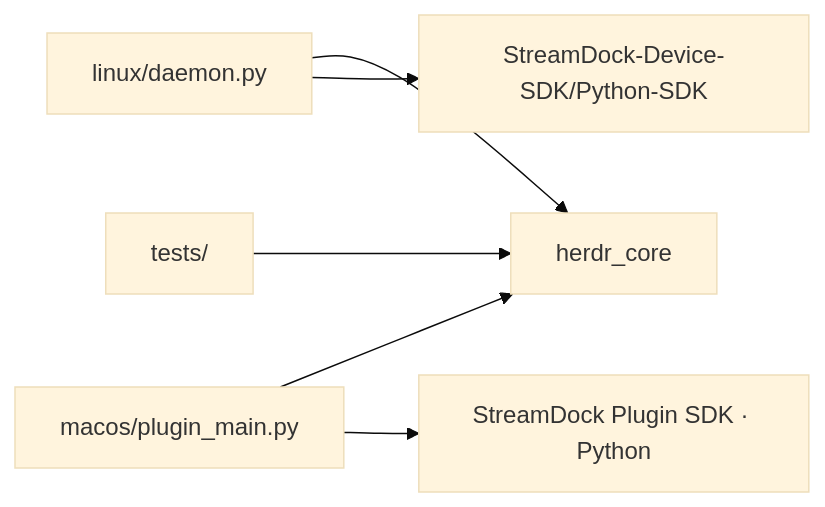
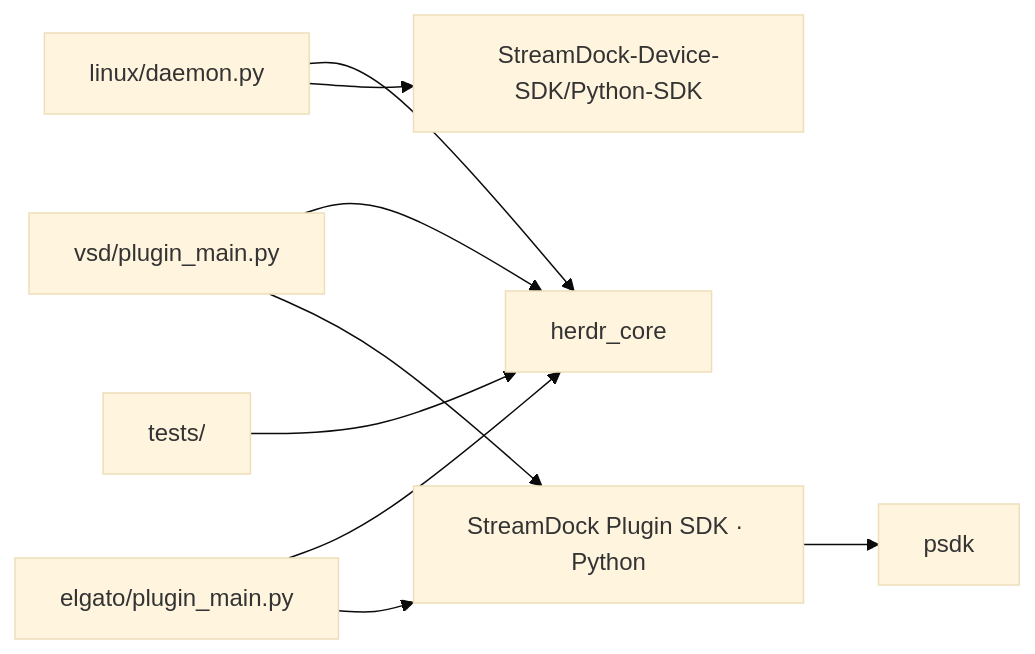
One commit to gedovkl/herdr-dock changed the seventh of 7 diagrams in DESIGN.md. Above: the diagram before and after it, drawn with Mermaid (base theme). The commit also changed other lines of this file and 82 other files, not shown here.

First line of the commit message:
Add the Elgato Stream Deck plugin on a shared plugin layer

````diff
--- a/DESIGN.md
+++ b/DESIGN.md
@@ -613,9 +676,11 @@
 ```mermaid
 flowchart LR
     core[herdr_core]
     linux[linux/daemon.py] --> core
-    macos[macos/plugin_main.py] --> core
+    vsd[vsd/plugin_main.py] --> core
     linux --> sdk[StreamDock-Device-SDK/Python-SDK]
-    macos --> psdk[StreamDock Plugin SDK · Python]
+    vsd --> shared[streamdock_plugin] --> psdk
+    elgato[elgato/plugin_main.py] --> core
+    elgato --> shared[StreamDock Plugin SDK · Python]
     tests[tests/] --> core
 ```
````
